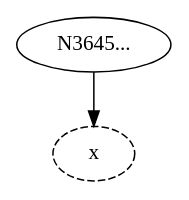
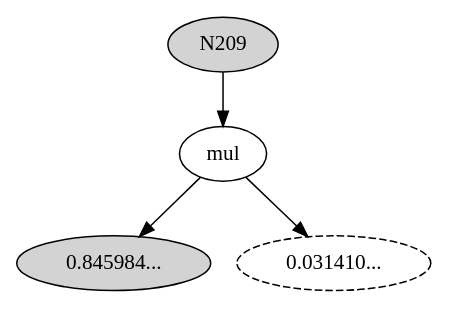
One commit to munifgebara/josilTs changed the diagram in report/didatico_best.dot. Above: the diagram before and after it, drawn with Graphviz. The commit also changed 29 other files, not shown here.

```diff
--- a/report/didatico_best.dot
+++ b/report/didatico_best.dot
@@ -1,5 +1,9 @@
- digraph G364586 {
-N364586[ style="solid"  label="N3645..."];
-N364586 -> N364589;
-N364589[ style="dashed"  label="x"];
+ digraph G209 {
+N209[ style="filled"  label="N209"];
+N209 -> N210;
+N210[ style="solid"  label="mul"];
+N210 -> N211;
+N211[ style="filled"  label="0.845984..."];
+N210 -> N219;
+N219[ style="dashed"  label="0.031410..."];
 }
```
